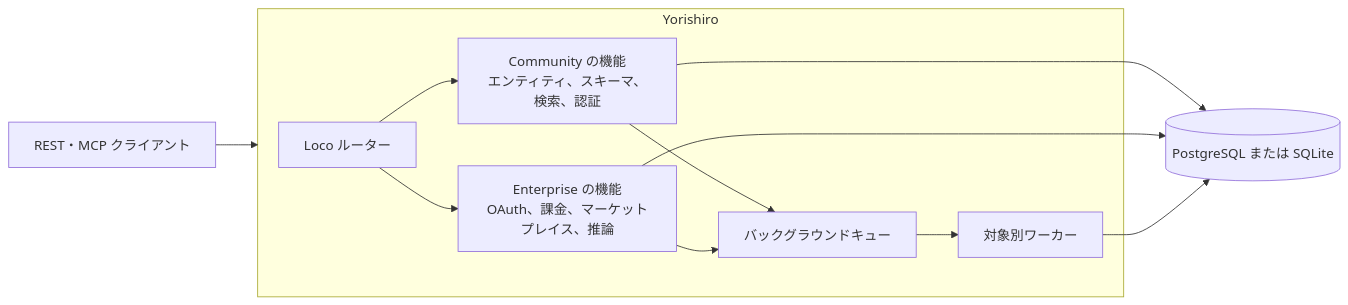
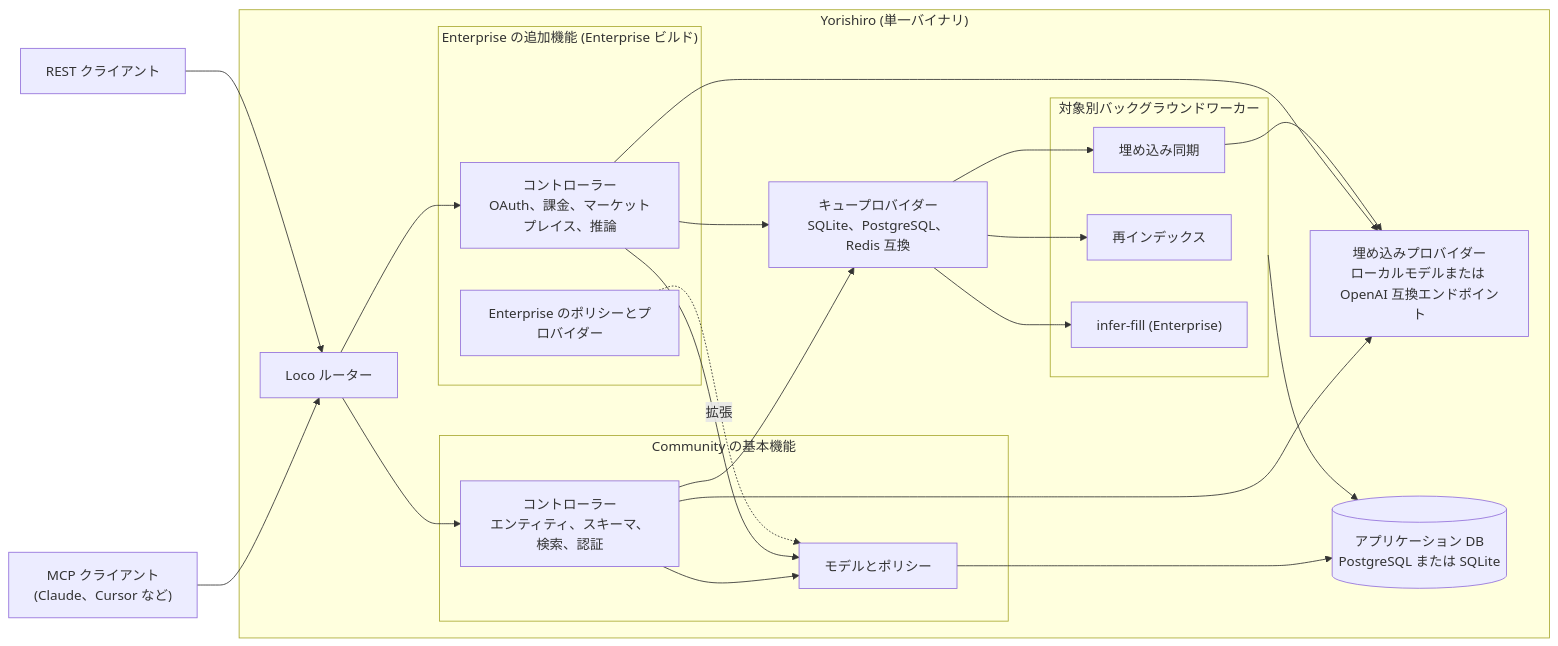
Before and after one commit to yorishiro-ai/yorishiro: the diagram in README.jp.md, drawn with Mermaid. The commit also changed other lines of this file and 1 other file, not shown here.

Commit message:
docs: restore detailed bilingual architecture diagrams

````diff
--- a/README.jp.md
+++ b/README.jp.md
@@ -31,16 +31,48 @@
 ```mermaid
 flowchart LR
-    Clients["REST・MCP クライアント"] --> Server
+    MCP["MCP クライアント<br/>(Claude、Cursor など)"]
+    REST["REST クライアント"]
 
-    subgraph Server["Yorishiro"]
-        Router["Loco ルーター"] --> CE["Community の機能<br/>エンティティ、スキーマ、検索、認証"]
-        Router --> EE["Enterprise の機能<br/>OAuth、課金、マーケットプレイス、推論"]
-        CE --> Queue["バックグラウンドキュー"]
-        EE --> Queue
-        Queue --> Workers["対象別ワーカー"]
+    subgraph Server["Yorishiro (単一バイナリ)"]
+        Router["Loco ルーター"]
+
+        subgraph CE["Community の基本機能"]
+            CEControllers["コントローラー<br/>エンティティ、スキーマ、検索、認証"]
+            Models["モデルとポリシー"]
+        end
+
+        subgraph EE["Enterprise の追加機能 (Enterprise ビルド)"]
+            EEControllers["コントローラー<br/>OAuth、課金、マーケットプレイス、推論"]
+            EEPolicies["Enterprise のポリシーとプロバイダー"]
+        end
+
+        Embed["埋め込みプロバイダー<br/>ローカルモデルまたは OpenAI 互換エンドポイント"]
+        Queue["キュープロバイダー<br/>SQLite、PostgreSQL、Redis 互換"]
+
+        subgraph Workers["対象別バックグラウンドワーカー"]
+            WEmbed["埋め込み同期"]
+            WReindex["再インデックス"]
+            WInfer["infer-fill (Enterprise)"]
+        end
+
+        DB[("アプリケーション DB<br/>PostgreSQL または SQLite")]
     end
 
-    CE --> DB[("PostgreSQL または SQLite")]
-    EE --> DB
+    MCP --> Router
+    REST --> Router
+    Router --> CEControllers
+    Router --> EEControllers
+    CEControllers --> Models
+    EEControllers --> Models
+    EEPolicies -.拡張.-> Models
+    Models --> DB
+    CEControllers --> Embed
+    EEControllers --> Embed
+    CEControllers --> Queue
+    EEControllers --> Queue
+    Queue --> WEmbed
+    Queue --> WReindex
+    Queue --> WInfer
+    WEmbed --> Embed
     Workers --> DB
 ```
````
